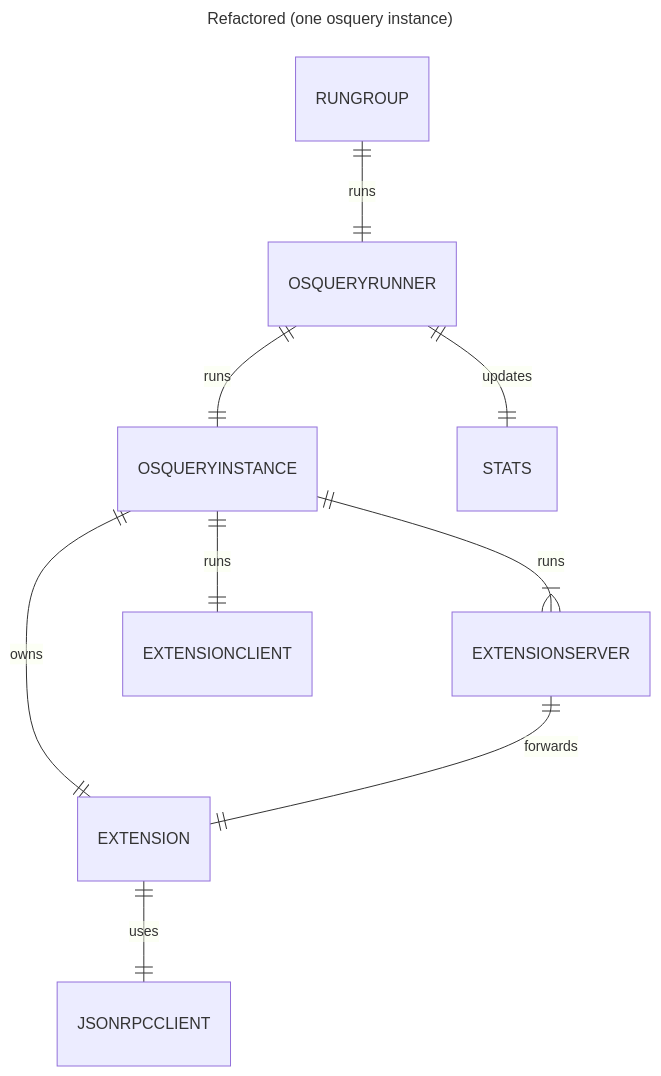
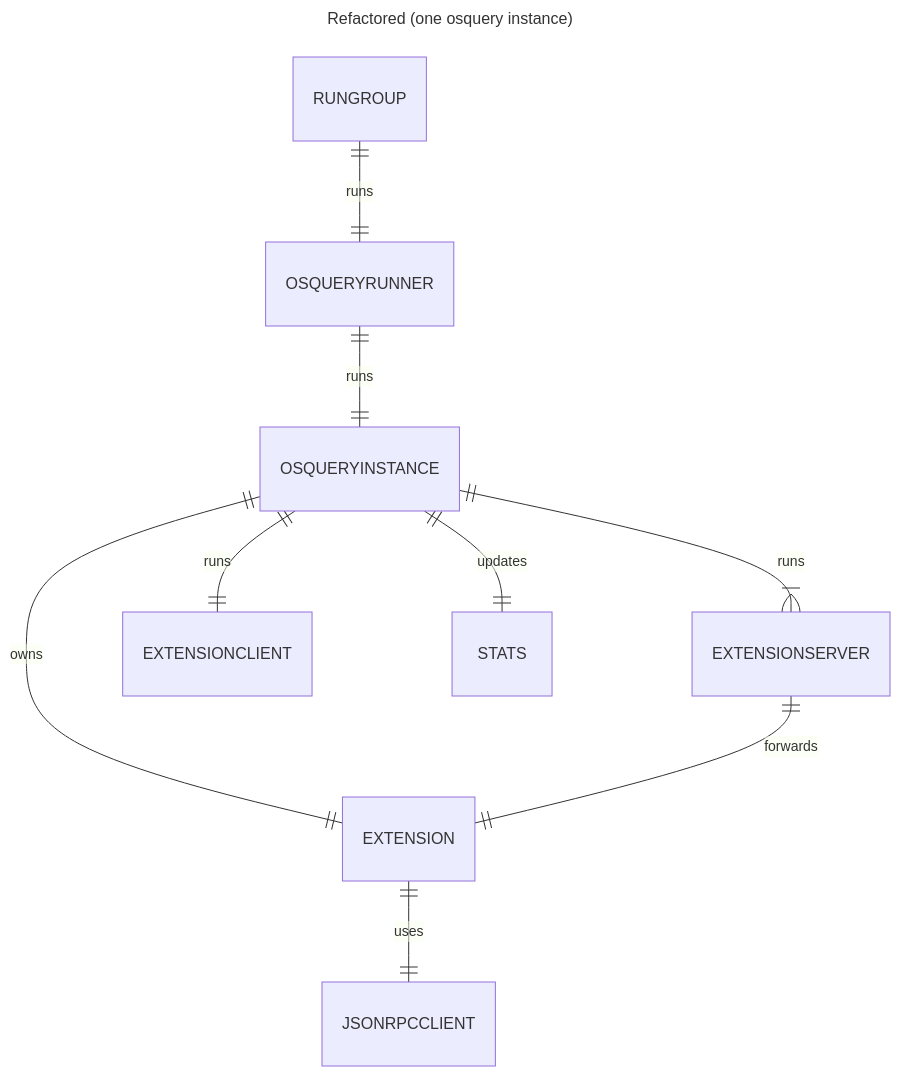
Before and after one commit to kolide/launcher: the second of 3 diagrams in docs/architecture/2024-10-23_osquery_refactor.md, drawn with Mermaid. The commit also changed other lines of this file and 2 other files, not shown here.

````diff
--- a/docs/architecture/2024-10-23_osquery_refactor.md
+++ b/docs/architecture/2024-10-23_osquery_refactor.md
@@ -54,14 +54,14 @@
 ```mermaid
 ---
 title: Refactored (one osquery instance)
 ---
 erDiagram
     RUNGROUP ||--|| OSQUERYRUNNER : runs
     OSQUERYRUNNER ||--|| OSQUERYINSTANCE: runs
     OSQUERYINSTANCE ||--|| EXTENSION : owns
     EXTENSION ||--|| JSONRPCCLIENT : uses
     OSQUERYINSTANCE ||--|{ EXTENSIONSERVER : runs
     OSQUERYINSTANCE ||--|| EXTENSIONCLIENT : runs
     EXTENSIONSERVER ||--|| EXTENSION : forwards
-    OSQUERYRUNNER ||--|| STATS: updates
+    OSQUERYINSTANCE ||--|| STATS: updates
 ```
````
